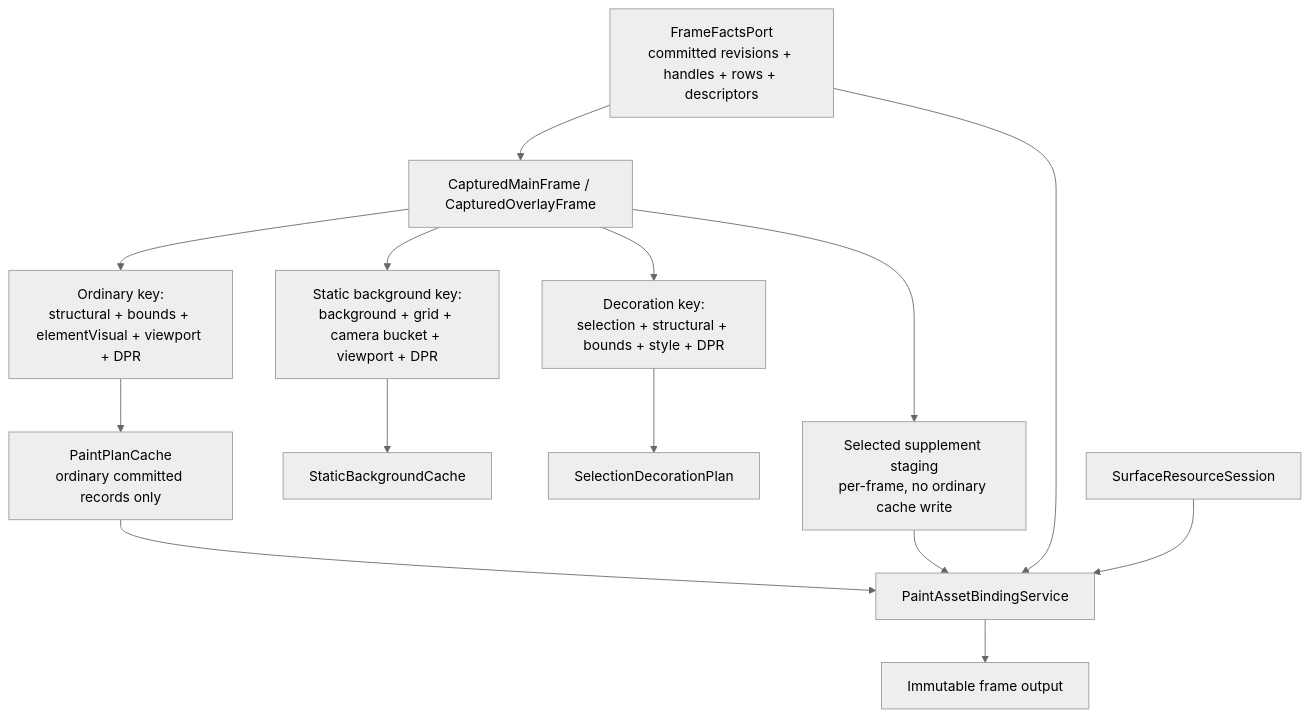
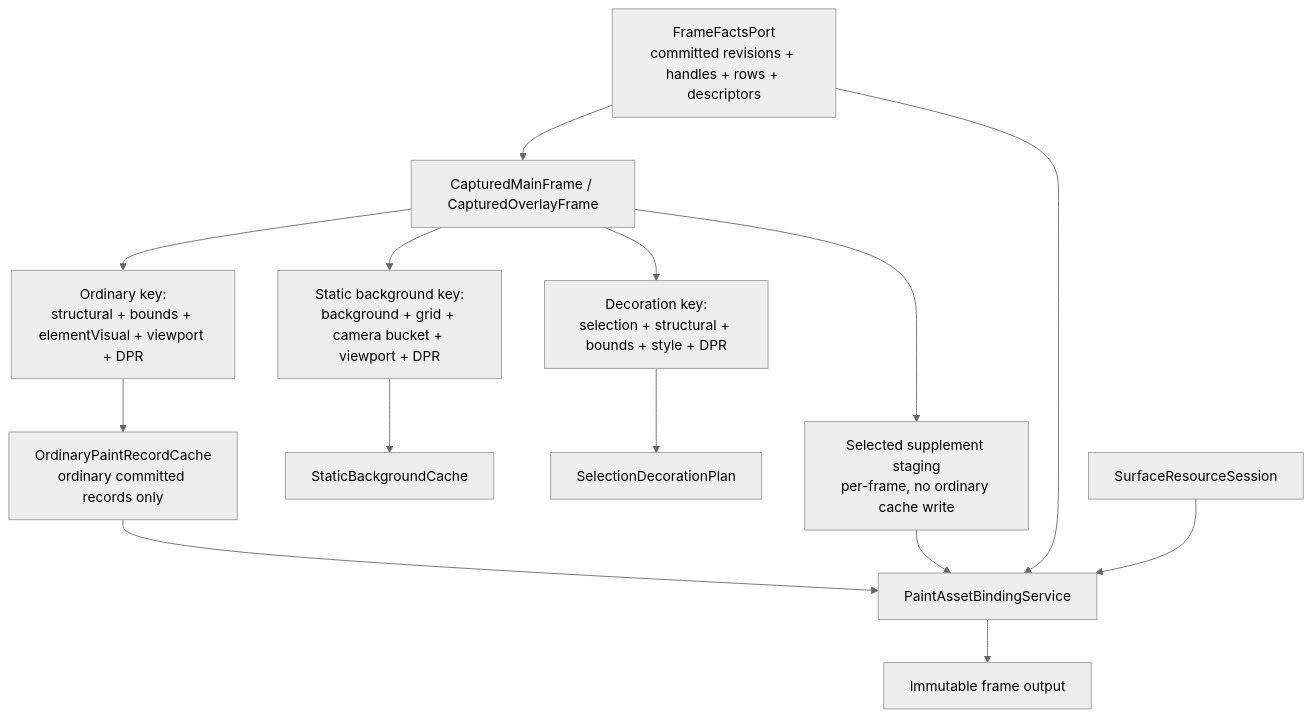
One commit to GreatPika/iwb_canvas_engine changed the second of 3 diagrams in .design/2026-05-29-p9-frame-rendering-and-caches.md. Above: the diagram before and after it, drawn with Mermaid (neutral theme). The commit also changed other lines of this file and 10 other files, not shown here.

````diff
--- a/.design/2026-05-29-p9-frame-rendering-and-caches.md
+++ b/.design/2026-05-29-p9-frame-rendering-and-caches.md
@@ -200,16 +200,16 @@
 ```mermaid
 flowchart TD
   FrameFacts["FrameFactsPort\ncommitted revisions + handles + rows + descriptors"] --> Capture["CapturedMainFrame / CapturedOverlayFrame"]
   Capture --> OrdinaryKey["Ordinary key:\nstructural + bounds + elementVisual + viewport + DPR"]
-  OrdinaryKey --> PaintPlanCache["PaintPlanCache\nordinary committed records only"]
+  OrdinaryKey --> OrdinaryPaintRecordCache["OrdinaryPaintRecordCache\nordinary committed records only"]
   Capture --> StaticKey["Static background key:\nbackground + grid + camera bucket + viewport + DPR"]
   StaticKey --> StaticCache["StaticBackgroundCache"]
   Capture --> SelectionKey["Decoration key:\nselection + structural + bounds + style + DPR"]
   SelectionKey --> DecorationPlan["SelectionDecorationPlan"]
   Capture --> SelectedStage["Selected supplement staging\nper-frame, no ordinary cache write"]
-  PaintPlanCache --> AssetBinding["PaintAssetBindingService"]
+  OrdinaryPaintRecordCache --> AssetBinding["PaintAssetBindingService"]
   SelectedStage --> AssetBinding
   FrameFacts --> AssetBinding
   Session["SurfaceResourceSession"] --> AssetBinding
   AssetBinding --> ImmutableFrame["Immutable frame output"]
 ```
````
